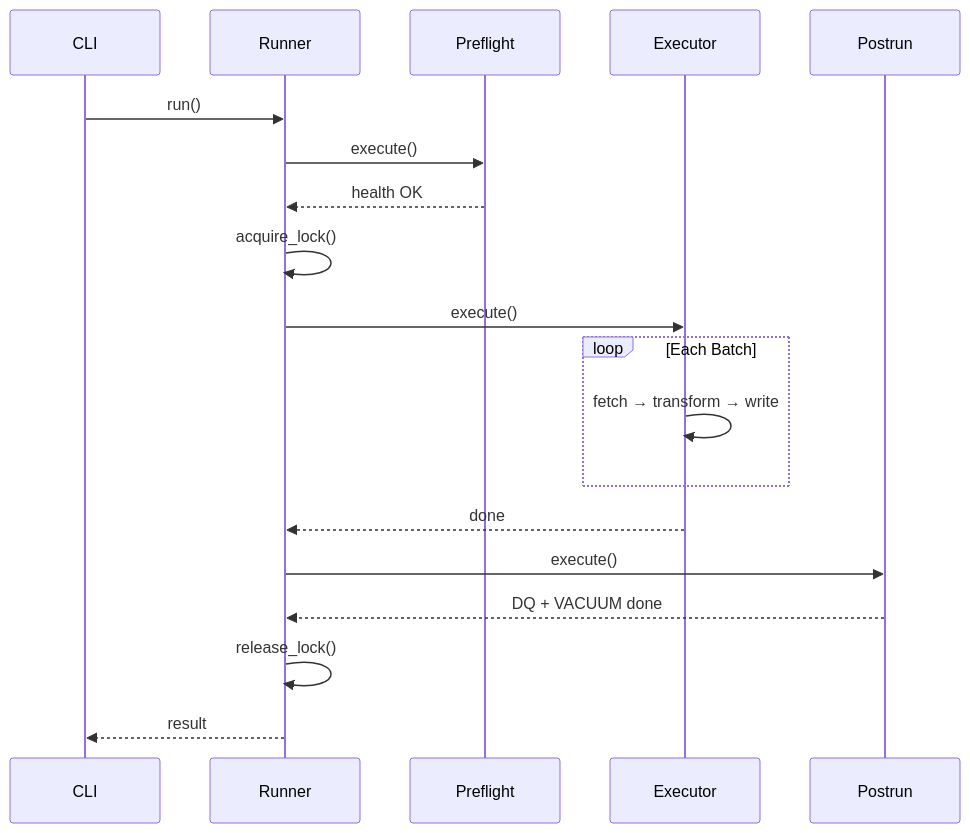
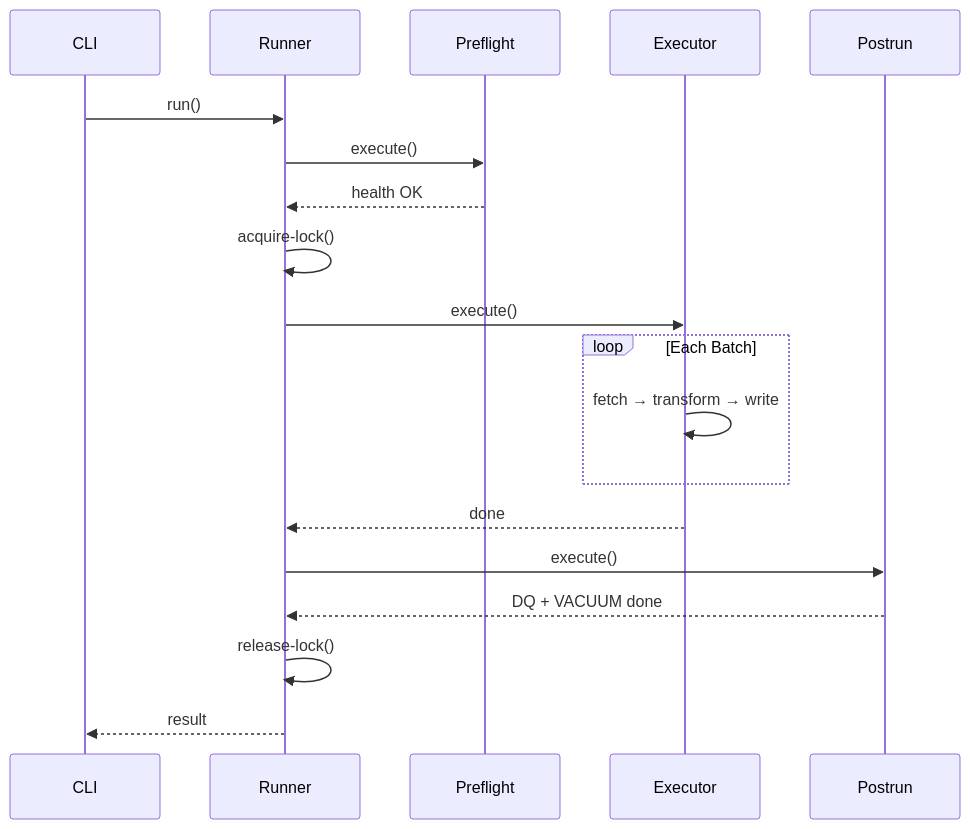
The second of 2 diagrams in docs/04-reference/api/application.md (SatoryKono/BioactivityDataAcquisition), drawn with Mermaid before and after one commit. The commit also changed 311 other files, not shown here.

````diff
--- a/docs/04-reference/api/application.md
+++ b/docs/04-reference/api/application.md
@@ -90,22 +90,22 @@
 ```mermaid
 sequenceDiagram
     participant CLI
     participant Runner
     participant Preflight
     participant Executor
     participant Postrun
 
     CLI->>Runner: run()
     Runner->>Preflight: execute()
     Preflight-->>Runner: health OK
-    Runner->>Runner: acquire_lock()
+    Runner->>Runner: acquire-lock()
     Runner->>Executor: execute()
     loop Each Batch
         Executor->>Executor: fetch → transform → write
     end
     Executor-->>Runner: done
     Runner->>Postrun: execute()
     Postrun-->>Runner: DQ + VACUUM done
-    Runner->>Runner: release_lock()
+    Runner->>Runner: release-lock()
     Runner-->>CLI: result
 ```
````
